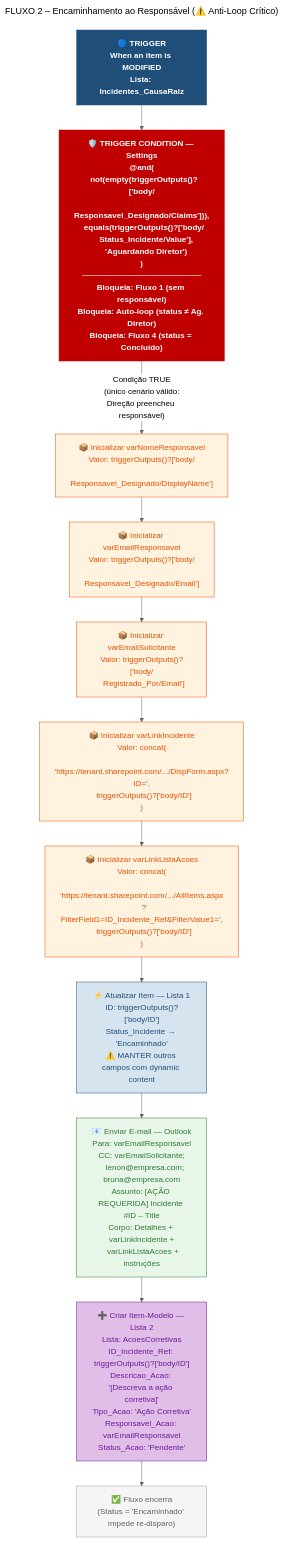
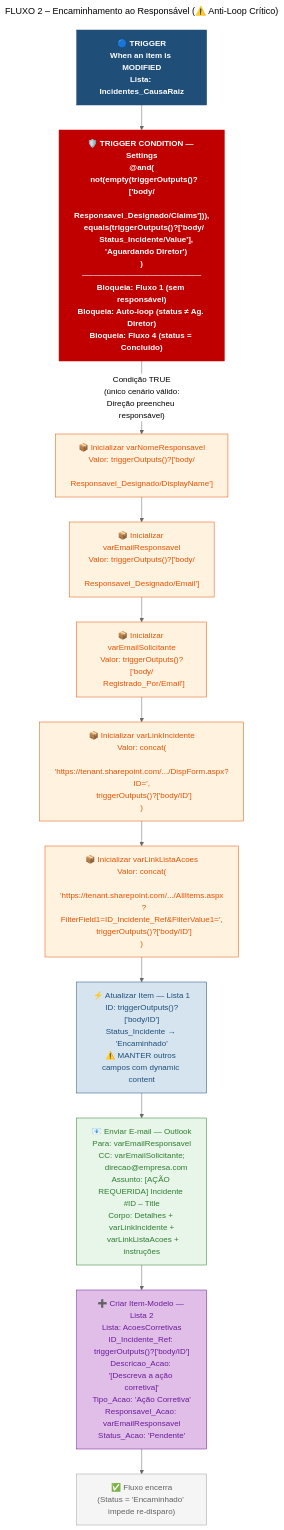
The diagram in docs/diagramas/fluxo2_encaminhamento.mermaid (LucasMalessa/gestao-incidentes-sharepoint), drawn with Mermaid (neutral theme) before and after one commit. The commit also changed 7 other files, not shown here.

```diff
--- a/docs/diagramas/fluxo2_encaminhamento.mermaid
+++ b/docs/diagramas/fluxo2_encaminhamento.mermaid
@@ -1,38 +1,38 @@
 ---
 title: "FLUXO 2 – Encaminhamento ao Responsável (⚠️ Anti-Loop Crítico)"
 ---
 flowchart TD
     classDef trigger fill:#1F4E79,color:#fff,stroke:#1F4E79,font-weight:bold
     classDef triggerCond fill:#C00000,color:#fff,stroke:#C00000,font-weight:bold
     classDef action fill:#D6E4F0,color:#1F4E79,stroke:#1F4E79
     classDef variable fill:#FFF3E0,color:#E65100,stroke:#E65100
     classDef email fill:#E8F5E9,color:#2E7D32,stroke:#2E7D32
     classDef create fill:#E1BEE7,color:#6A1B9A,stroke:#6A1B9A
     classDef endnode fill:#F5F5F5,color:#616161,stroke:#9E9E9E
 
     T["🔵 TRIGGER\nWhen an item is MODIFIED\nLista: Incidentes_CausaRaiz"]:::trigger
 
     TC["🛡️ TRIGGER CONDITION — Settings\n@and(\n  not(empty(triggerOutputs()?['body/\n    Responsavel_Designado/Claims'])),\n  equals(triggerOutputs()?['body/\n    Status_Incidente/Value'],\n    'Aguardando Diretor')\n)\n─────────────────────\nBloqueia: Fluxo 1 (sem responsável)\nBloqueia: Auto-loop (status ≠ Ag. Diretor)\nBloqueia: Fluxo 4 (status = Concluído)"]:::triggerCond
 
     V1["📦 Inicializar varNomeResponsavel\nValor: triggerOutputs()?['body/\n  Responsavel_Designado/DisplayName']"]:::variable
 
     V2["📦 Inicializar varEmailResponsavel\nValor: triggerOutputs()?['body/\n  Responsavel_Designado/Email']"]:::variable
 
     V3["📦 Inicializar varEmailSolicitante\nValor: triggerOutputs()?['body/\n  Registrado_Por/Email']"]:::variable
 
     V4["📦 Inicializar varLinkIncidente\nValor: concat(\n  'https://tenant.sharepoint.com/.../DispForm.aspx?ID=',\n  triggerOutputs()?['body/ID']\n)"]:::variable
 
     V5["📦 Inicializar varLinkListaAcoes\nValor: concat(\n  'https://tenant.sharepoint.com/.../AllItems.aspx\n  ?FilterField1=ID_Incidente_Ref&FilterValue1=',\n  triggerOutputs()?['body/ID']\n)"]:::variable
 
     A1["⚡ Atualizar Item — Lista 1\nID: triggerOutputs()?['body/ID']\nStatus_Incidente → 'Encaminhado'\n⚠️ MANTER outros campos com dynamic content"]:::action
 
-    E1["📧 Enviar E-mail — Outlook\nPara: varEmailResponsavel\nCC: varEmailSolicitante;\n    lenon@empresa.com; bruna@empresa.com\nAssunto: [AÇÃO REQUERIDA] Incidente #ID – Title\nCorpo: Detalhes + varLinkIncidente +\n  varLinkListaAcoes + instruções"]:::email
+    E1["📧 Enviar E-mail — Outlook\nPara: varEmailResponsavel\nCC: varEmailSolicitante;\n    direcao@empresa.com\nAssunto: [AÇÃO REQUERIDA] Incidente #ID – Title\nCorpo: Detalhes + varLinkIncidente +\n  varLinkListaAcoes + instruções"]:::email
 
     CR["➕ Criar Item-Modelo — Lista 2\nLista: AcoesCorretivas\nID_Incidente_Ref: triggerOutputs()?['body/ID']\nDescricao_Acao: '[Descreva a ação corretiva]'\nTipo_Acao: 'Ação Corretiva'\nResponsavel_Acao: varEmailResponsavel\nStatus_Acao: 'Pendente'"]:::create
 
     FIM["✅ Fluxo encerra\n(Status = 'Encaminhado' impede re-disparo)"]:::endnode
 
     T --> TC
     TC -->|"Condição TRUE\n(único cenário válido:\nDireção preencheu responsável)"| V1
     V1 --> V2 --> V3 --> V4 --> V5 --> A1
     A1 --> E1 --> CR --> FIM
```
